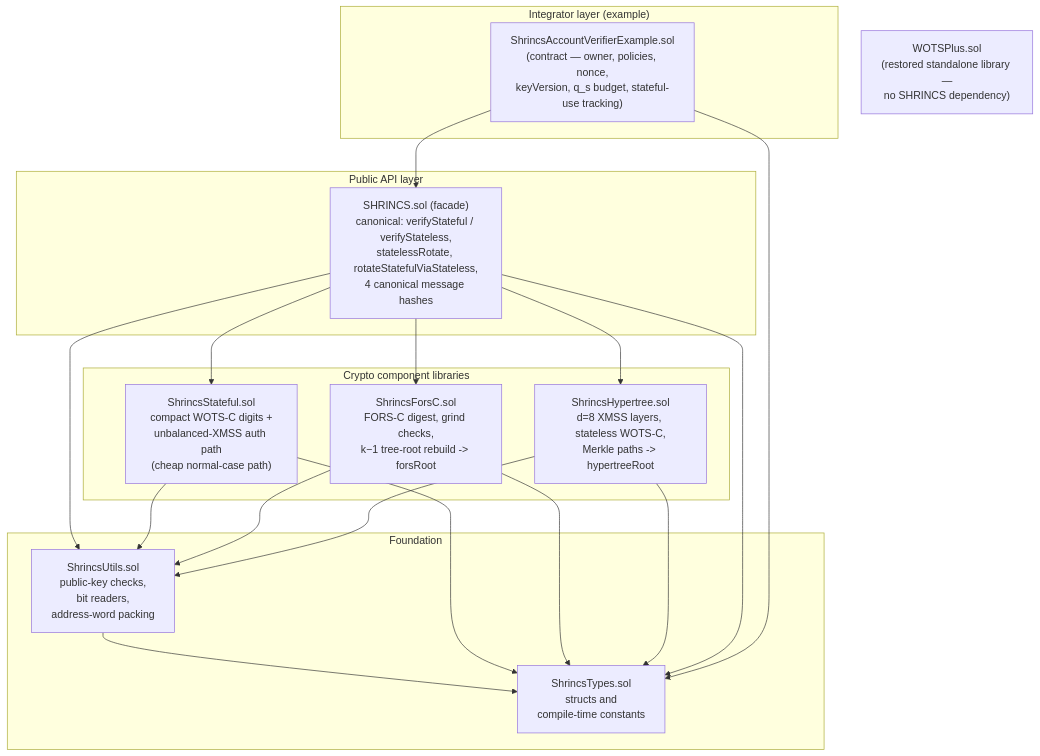
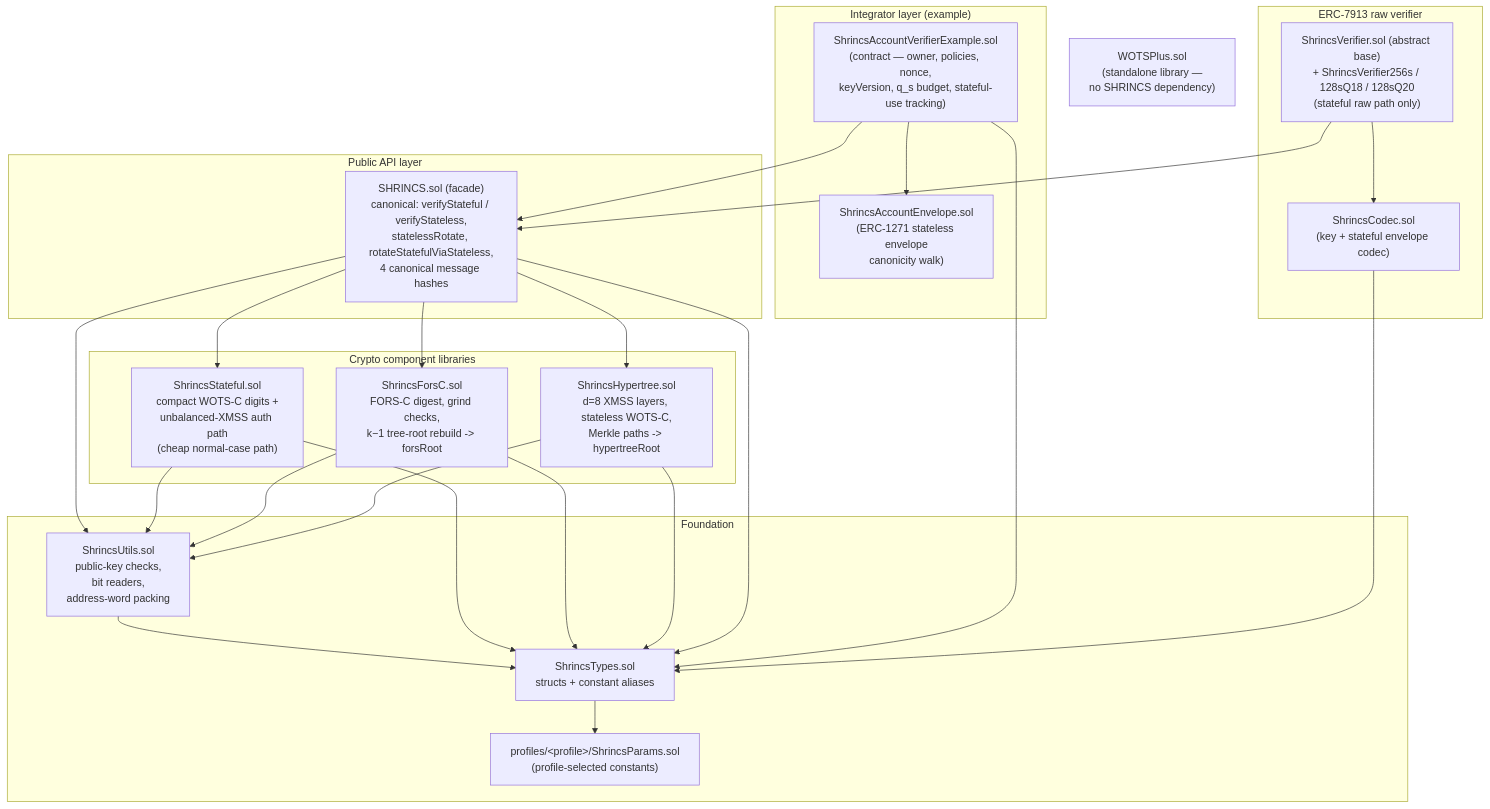
Before and after one commit to QuipNetwork/hashsigs-solidity: the first of 2 diagrams in README.md, drawn with Mermaid. The commit also changed other lines of this file and 1 other file, not shown here.

````diff
--- a/README.md
+++ b/README.md
@@ -50,38 +87,50 @@
 ```mermaid
 graph TD
     subgraph "Integrator layer (example)"
         EX["ShrincsAccountVerifierExample.sol<br/>(contract — owner, policies, nonce,<br/>keyVersion, q_s budget, stateful-use tracking)"]
+        EN["ShrincsAccountEnvelope.sol<br/>(ERC-1271 stateless envelope<br/>canonicity walk)"]
+    end
+
+    subgraph "ERC-7913 raw verifier"
+        VF["ShrincsVerifier.sol (abstract base)<br/>+ ShrincsVerifier256s / 128sQ18 / 128sQ20<br/>(stateful raw path only)"]
+        CO["ShrincsCodec.sol<br/>(key + stateful envelope codec)"]
     end
 
     subgraph "Public API layer"
         FA["SHRINCS.sol (facade)<br/>canonical: verifyStateful / verifyStateless,<br/>statelessRotate, rotateStatefulViaStateless,<br/>4 canonical message hashes"]
     end
 
     subgraph "Crypto component libraries"
         ST["ShrincsStateful.sol<br/>compact WOTS-C digits +<br/>unbalanced-XMSS auth path<br/>(cheap normal-case path)"]
         FO["ShrincsForsC.sol<br/>FORS-C digest, grind checks,<br/>k−1 tree-root rebuild -> forsRoot"]
         HY["ShrincsHypertree.sol<br/>d=8 XMSS layers, stateless WOTS-C,<br/>Merkle paths -> hypertreeRoot"]
     end
 
     subgraph "Foundation"
         UT["ShrincsUtils.sol<br/>public-key checks,<br/>bit readers,<br/>address-word packing"]
-        TY["ShrincsTypes.sol<br/>structs and<br/>compile-time constants"]
+        TY["ShrincsTypes.sol<br/>structs + constant aliases"]
+        PA["profiles/&lt;profile&gt;/ShrincsParams.sol<br/>(profile-selected constants)"]
     end
 
-    WP["WOTSPlus.sol<br/>(restored standalone library —<br/>no SHRINCS dependency)"]
+    WP["WOTSPlus.sol<br/>(standalone library —<br/>no SHRINCS dependency)"]
 
     EX --> FA
+    EX --> EN
+    VF --> CO
+    VF --> FA
     FA --> ST
     FA --> FO
     FA --> HY
     FA --> UT
     ST --> UT
     FO --> UT
     HY --> UT
     UT --> TY
     ST --> TY
     FO --> TY
     HY --> TY
     FA --> TY
     EX --> TY
+    CO --> TY
+    TY --> PA
 ```
````
